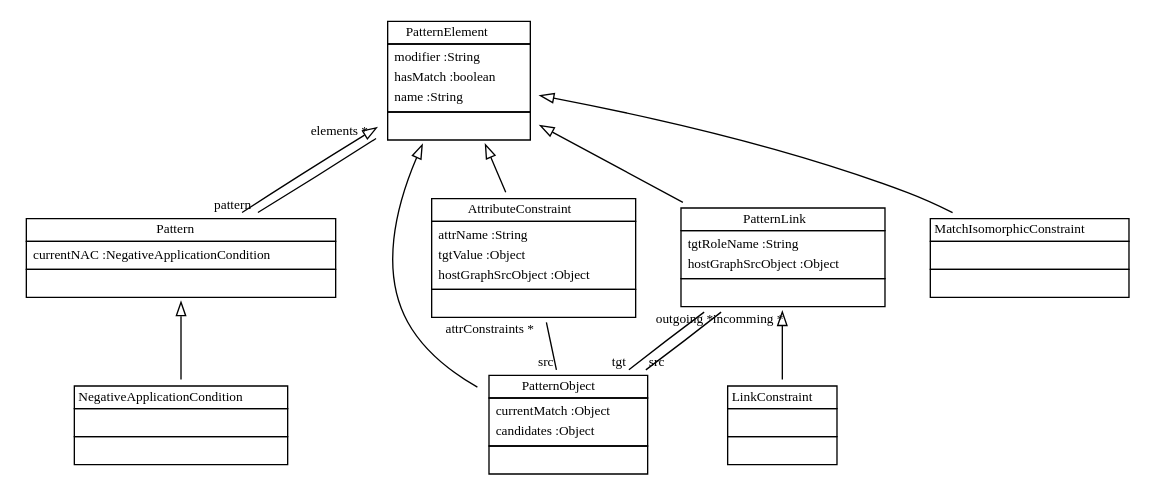
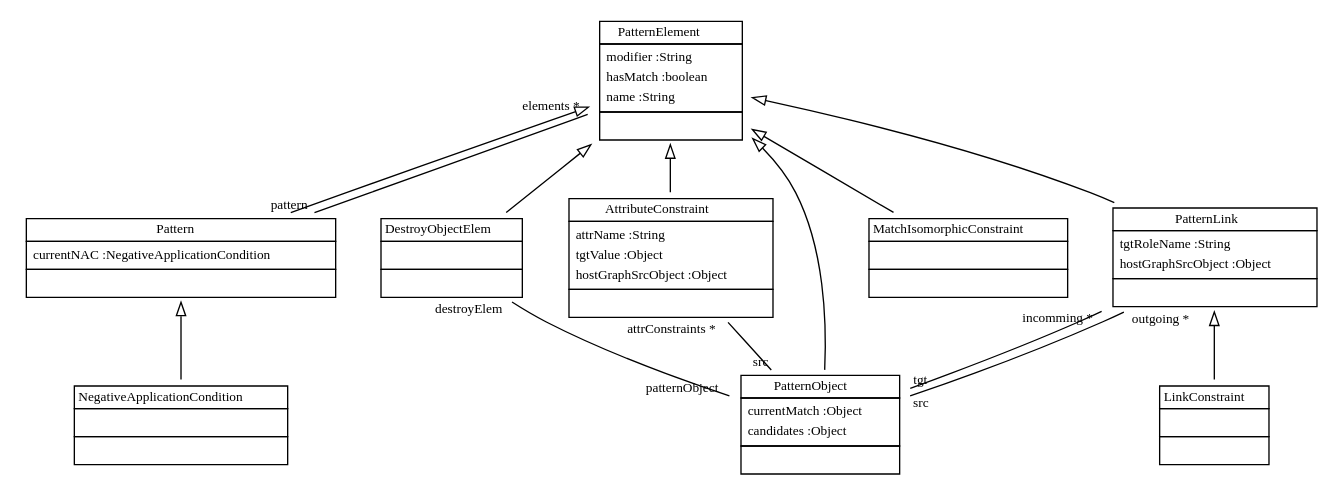
One commit to fujaba/SDMLib changed the diagram in doc/PatternModel01.dot. Above: the diagram before and after it, drawn with Graphviz. The commit also changed 184 other files, not shown here.

```diff
--- a/doc/PatternModel01.dot
+++ b/doc/PatternModel01.dot
@@ -1,29 +1,32 @@
 
  digraph ClassDiagram {
     node [shape = none, fontsize = 10]; 
     edge [fontsize = 10];
     
     
     _PatternElement [label=<<table border='0' cellborder='1' cellspacing='0'> <tr> <td>PatternElement</td> </tr> <tr><td><table border='0' cellborder='0' cellspacing='0'> <tr><td align='left'>modifier :String</td></tr> <tr><td align='left'>hasMatch :boolean</td></tr> <tr><td align='left'>name :String</td></tr>  </table></td></tr> <tr><td><table border='0' cellborder='0' cellspacing='0'> <tr><td> </td></tr> </table></td></tr> </table>>];
     _Pattern [label=<<table border='0' cellborder='1' cellspacing='0'> <tr> <td>Pattern</td> </tr> <tr><td><table border='0' cellborder='0' cellspacing='0'> <tr><td align='left'>currentNAC :NegativeApplicationCondition</td></tr>  </table></td></tr> <tr><td><table border='0' cellborder='0' cellspacing='0'> <tr><td> </td></tr> </table></td></tr> </table>>];
     _NegativeApplicationCondition [label=<<table border='0' cellborder='1' cellspacing='0'> <tr> <td>NegativeApplicationCondition</td> </tr> <tr><td><table border='0' cellborder='0' cellspacing='0'> <tr><td> </td></tr> </table></td></tr> <tr><td><table border='0' cellborder='0' cellspacing='0'> <tr><td> </td></tr> </table></td></tr> </table>>];
     _PatternObject [label=<<table border='0' cellborder='1' cellspacing='0'> <tr> <td>PatternObject</td> </tr> <tr><td><table border='0' cellborder='0' cellspacing='0'> <tr><td align='left'>currentMatch :Object</td></tr> <tr><td align='left'>candidates :Object</td></tr>  </table></td></tr> <tr><td><table border='0' cellborder='0' cellspacing='0'> <tr><td> </td></tr> </table></td></tr> </table>>];
     _PatternLink [label=<<table border='0' cellborder='1' cellspacing='0'> <tr> <td>PatternLink</td> </tr> <tr><td><table border='0' cellborder='0' cellspacing='0'> <tr><td align='left'>tgtRoleName :String</td></tr> <tr><td align='left'>hostGraphSrcObject :Object</td></tr>  </table></td></tr> <tr><td><table border='0' cellborder='0' cellspacing='0'> <tr><td> </td></tr> </table></td></tr> </table>>];
     _AttributeConstraint [label=<<table border='0' cellborder='1' cellspacing='0'> <tr> <td>AttributeConstraint</td> </tr> <tr><td><table border='0' cellborder='0' cellspacing='0'> <tr><td align='left'>attrName :String</td></tr> <tr><td align='left'>tgtValue :Object</td></tr> <tr><td align='left'>hostGraphSrcObject :Object</td></tr>  </table></td></tr> <tr><td><table border='0' cellborder='0' cellspacing='0'> <tr><td> </td></tr> </table></td></tr> </table>>];
     _LinkConstraint [label=<<table border='0' cellborder='1' cellspacing='0'> <tr> <td>LinkConstraint</td> </tr> <tr><td><table border='0' cellborder='0' cellspacing='0'> <tr><td> </td></tr> </table></td></tr> <tr><td><table border='0' cellborder='0' cellspacing='0'> <tr><td> </td></tr> </table></td></tr> </table>>];
     _MatchIsomorphicConstraint [label=<<table border='0' cellborder='1' cellspacing='0'> <tr> <td>MatchIsomorphicConstraint</td> </tr> <tr><td><table border='0' cellborder='0' cellspacing='0'> <tr><td> </td></tr> </table></td></tr> <tr><td><table border='0' cellborder='0' cellspacing='0'> <tr><td> </td></tr> </table></td></tr> </table>>];
+    _DestroyObjectElem [label=<<table border='0' cellborder='1' cellspacing='0'> <tr> <td>DestroyObjectElem</td> </tr> <tr><td><table border='0' cellborder='0' cellspacing='0'> <tr><td> </td></tr> </table></td></tr> <tr><td><table border='0' cellborder='0' cellspacing='0'> <tr><td> </td></tr> </table></td></tr> </table>>];
     
     
     
     _PatternElement ->  _Pattern [dir = "back" arrowtail = "empty"];
     _Pattern ->  _NegativeApplicationCondition [dir = "back" arrowtail = "empty"];
     _PatternElement ->  _PatternObject [dir = "back" arrowtail = "empty"];
     _PatternElement ->  _PatternLink [dir = "back" arrowtail = "empty"];
     _PatternElement ->  _AttributeConstraint [dir = "back" arrowtail = "empty"];
     _PatternLink ->  _LinkConstraint [dir = "back" arrowtail = "empty"];
     _PatternElement ->  _MatchIsomorphicConstraint [dir = "back" arrowtail = "empty"];
+    _PatternElement ->  _DestroyObjectElem [dir = "back" arrowtail = "empty"];
     _Pattern -> _PatternElement [headlabel = "elements *" taillabel = "pattern" arrowhead = "none" ];
     _PatternLink -> _PatternObject [headlabel = "tgt" taillabel = "incomming *" arrowhead = "none" ];
     _PatternLink -> _PatternObject [headlabel = "src" taillabel = "outgoing *" arrowhead = "none" ];
     _AttributeConstraint -> _PatternObject [headlabel = "src" taillabel = "attrConstraints *" arrowhead = "none" ];
+    _DestroyObjectElem -> _PatternObject [headlabel = "patternObject" taillabel = "destroyElem" arrowhead = "none" ];
 }
```
